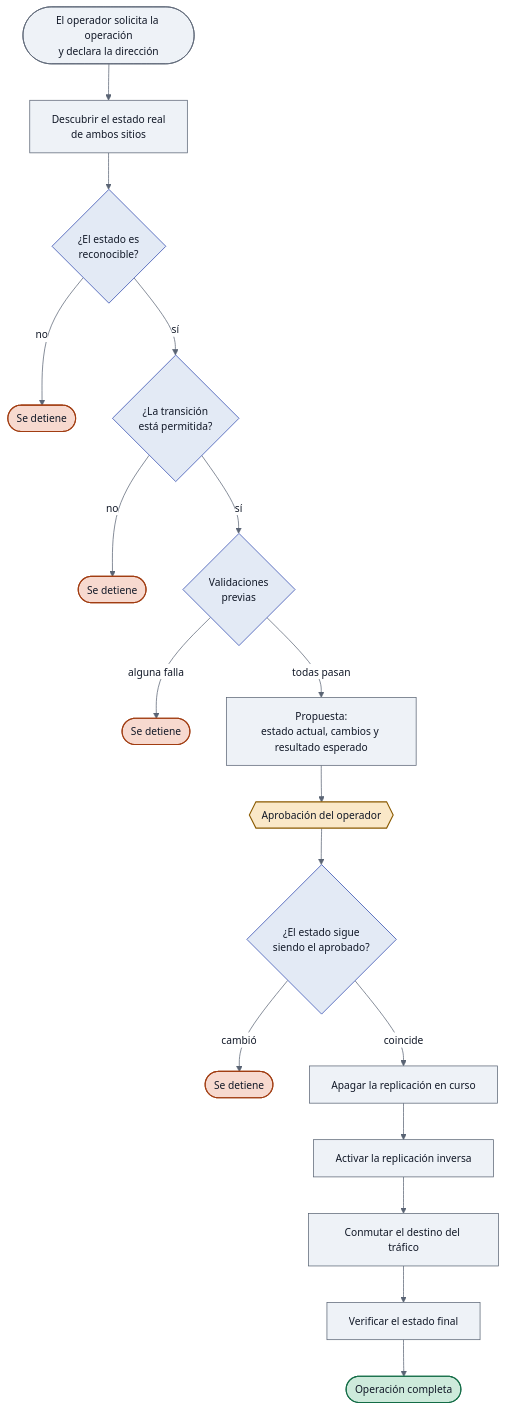
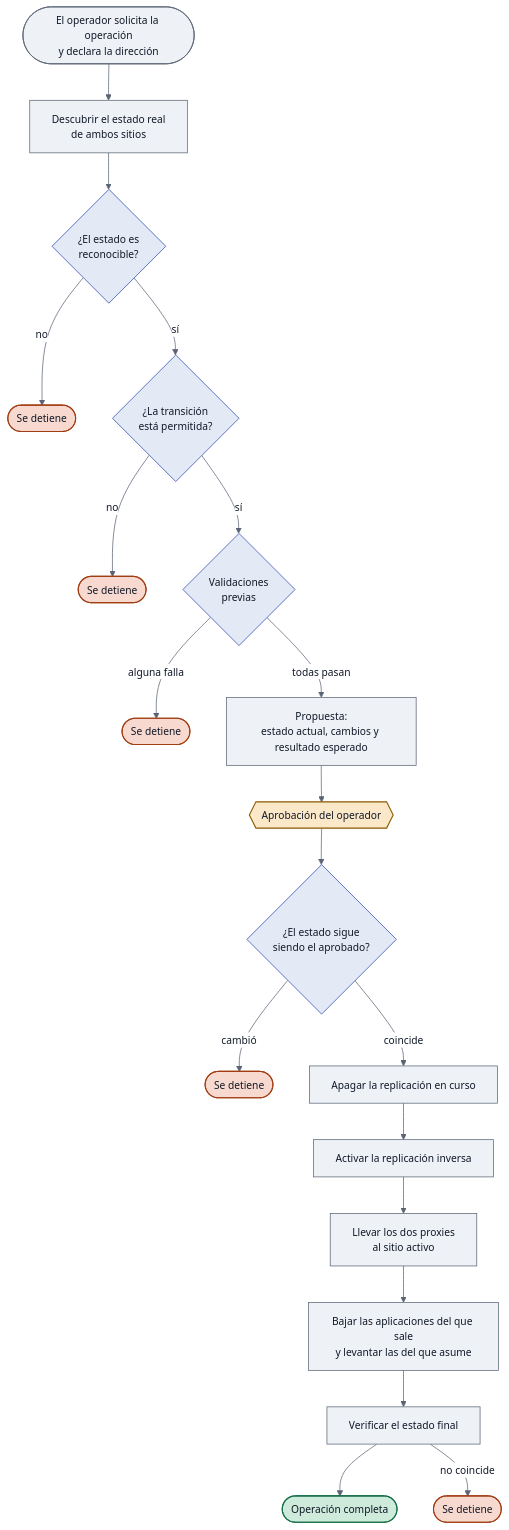
The third of 3 diagrams in README.md (Crittan01/aap-kafka-automation), drawn with Mermaid before and after one commit. The commit also changed other lines of this file and 2 other files, not shown here.

````diff
--- a/README.md
+++ b/README.md
@@ -173,32 +178,34 @@
 ```mermaid
 %%{init: {'theme':'base','themeVariables':{'primaryColor':'#eef2f7','primaryTextColor':'#111827','primaryBorderColor':'#5a6474','lineColor':'#5a6474','secondaryColor':'#e3eaf5','tertiaryColor':'#ffffff','background':'#ffffff','mainBkg':'#eef2f7','textColor':'#111827','edgeLabelBackground':'#ffffff','labelBackground':'#ffffff','labelBoxBkgColor':'#ffffff','labelTextColor':'#111827','fontSize':'14px'}}}%%
 flowchart TD
     OP([El operador solicita la operación<br/>y declara la dirección]) --> DESC[Descubrir el estado real<br/>de ambos sitios]
     DESC --> COH{¿El estado es<br/>reconocible?}
     COH -->|no| S1([Se detiene])
     COH -->|sí| VAL{¿La transición<br/>está permitida?}
     VAL -->|no| S2([Se detiene])
     VAL -->|sí| PRE{Validaciones<br/>previas}
     PRE -->|alguna falla| S3([Se detiene])
     PRE -->|todas pasan| PROP[Propuesta:<br/>estado actual, cambios y resultado esperado]
     PROP --> APR{{Aprobación del operador}}
     APR --> REV{¿El estado sigue<br/>siendo el aprobado?}
     REV -->|cambió| S4([Se detiene])
     REV -->|coincide| EX1[Apagar la replicación en curso]
     EX1 --> EX2[Activar la replicación inversa]
-    EX2 --> EX3[Conmutar el destino del tráfico]
-    EX3 --> VER[Verificar el estado final]
+    EX2 --> EX3[Llevar los dos proxies<br/>al sitio activo]
+    EX3 --> EX4[Bajar las aplicaciones del que sale<br/>y levantar las del que asume]
+    EX4 --> VER[Verificar el estado final]
     VER --> FIN([Operación completa])
+    VER -->|no coincide| S5([Se detiene])
 
     classDef paso     fill:#eef2f7,stroke:#5a6474,color:#111827,stroke-width:1px
     classDef decision fill:#e3eaf5,stroke:#2b46ae,color:#111827,stroke-width:1px
     classDef detiene  fill:#f7d9cf,stroke:#a13d12,color:#111827,stroke-width:1.5px
     classDef aprueba  fill:#fae8c8,stroke:#8a5a00,color:#111827,stroke-width:1.5px
     classDef fin      fill:#cdeadb,stroke:#136c46,color:#111827,stroke-width:1.5px
 
-    class OP,DESC,PROP,EX1,EX2,EX3,VER paso
+    class OP,DESC,PROP,EX1,EX2,EX3,EX4,VER paso
     class COH,VAL,PRE,REV decision
-    class S1,S2,S3,S4 detiene
+    class S1,S2,S3,S4,S5 detiene
     class APR aprueba
     class FIN fin
 ```
````
